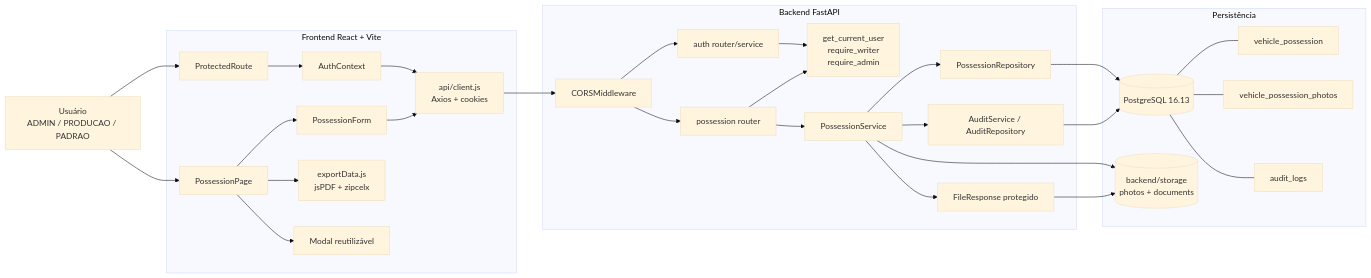
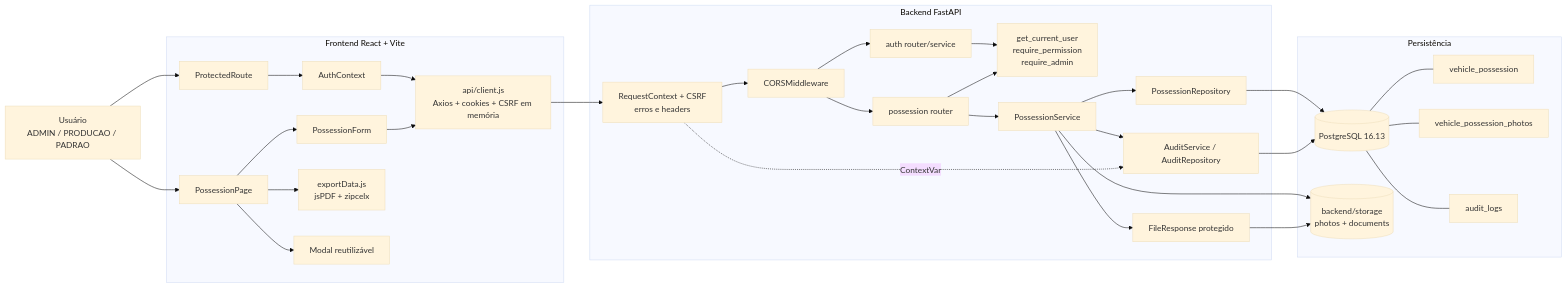
One commit to Tarmacruel/frota_postgres_local changed the first of 3 diagrams in docs/posse-rotas/DIAGRAMA_COMPONENTES.md. Above: the diagram before and after it, drawn with Mermaid (base theme). The commit also changed other lines of this file and 6 other files, not shown here.

````diff
--- a/docs/posse-rotas/DIAGRAMA_COMPONENTES.md
+++ b/docs/posse-rotas/DIAGRAMA_COMPONENTES.md
@@ -5,58 +5,61 @@
 ```mermaid
 flowchart LR
     U[Usuário<br/>ADMIN / PRODUCAO / PADRAO]
 
     subgraph FE[Frontend React + Vite]
         PR[ProtectedRoute]
         AC[AuthContext]
         PP[PossessionPage]
         PF[PossessionForm]
-        API[api/client.js<br/>Axios + cookies]
+        API[api/client.js<br/>Axios + cookies + CSRF em memória]
         EXP[exportData.js<br/>jsPDF + zipcelx]
         MOD[Modal reutilizável]
     end
 
     subgraph BE[Backend FastAPI]
         CORS[CORSMiddleware]
+        SEC[RequestContext + CSRF<br/>erros e headers]
         AUTH[auth router/service]
-        DEPS[get_current_user<br/>require_writer<br/>require_admin]
+        DEPS[get_current_user<br/>require_permission<br/>require_admin]
         ROUTER[possession router]
         SERVICE[PossessionService]
         REPO[PossessionRepository]
         AUDIT[AuditService / AuditRepository]
         FILES[FileResponse protegido]
     end
 
     subgraph PERSIST[Persistência]
         DB[(PostgreSQL 16.13)]
         VP[vehicle_possession]
         PH[vehicle_possession_photos]
         AL[audit_logs]
         FS[(backend/storage<br/>photos + documents)]
     end
 
     U --> PR
     PR --> AC
     AC --> API
     U --> PP
     PP --> PF
     PP --> MOD
     PF --> API
     PP --> EXP
-    API --> CORS
+    API --> SEC
+    SEC --> CORS
     CORS --> AUTH
     CORS --> ROUTER
     AUTH --> DEPS
     ROUTER --> DEPS
     ROUTER --> SERVICE
     SERVICE --> REPO
     SERVICE --> AUDIT
+    SEC -. ContextVar .-> AUDIT
     SERVICE --> FS
     SERVICE --> FILES
     FILES --> FS
     REPO --> DB
     AUDIT --> DB
     DB --- VP
     DB --- PH
     DB --- AL
 ```
````
